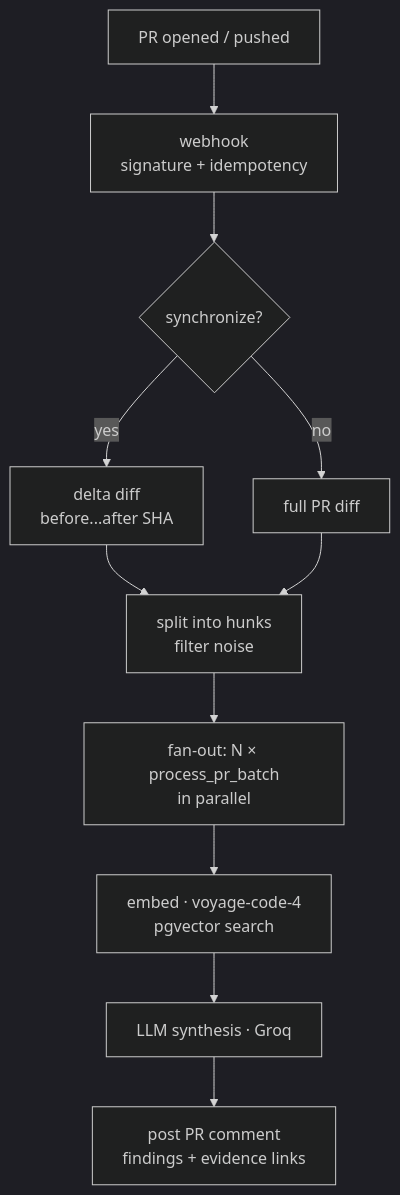
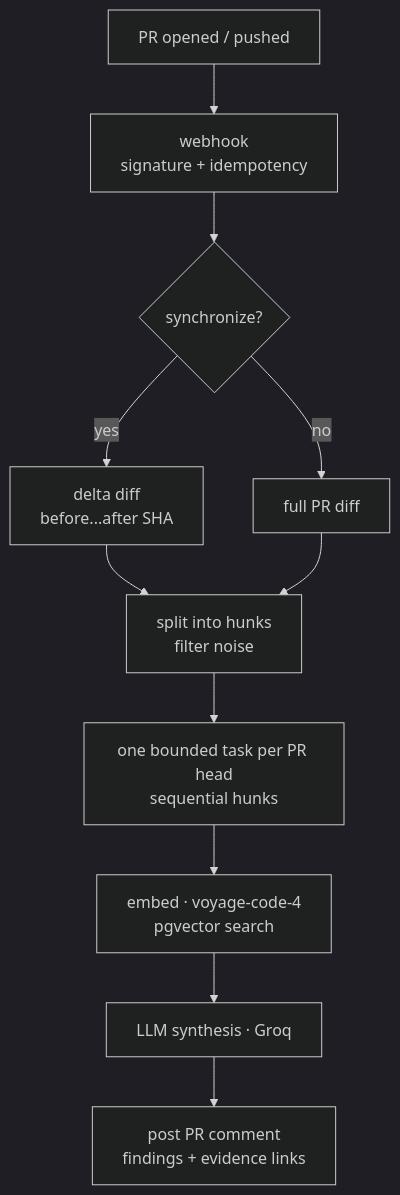
One commit to sprahasingh/CodeLens changed the diagram in README.md. Above: the diagram before and after it, drawn with Mermaid (dark theme). The commit also changed other lines of this file and 21 other files, not shown here.

````diff
--- a/README.md
+++ b/README.md
@@ -32,12 +32,12 @@
 ```mermaid
 flowchart TD
     A[PR opened / pushed] --> B[webhook\nsignature + idempotency]
     B --> C{synchronize?}
     C -- yes --> D[delta diff\nbefore...after SHA]
     C -- no --> E[full PR diff]
     D & E --> F[split into hunks\nfilter noise]
-    F --> G[fan-out: N × process_pr_batch\nin parallel]
+    F --> G[one bounded task per PR head\nsequential hunks]
     G --> H[embed · voyage-code-4\npgvector search]
     H --> I[LLM synthesis · Groq]
     I --> J[post PR comment\nfindings + evidence links]
 ```
````
